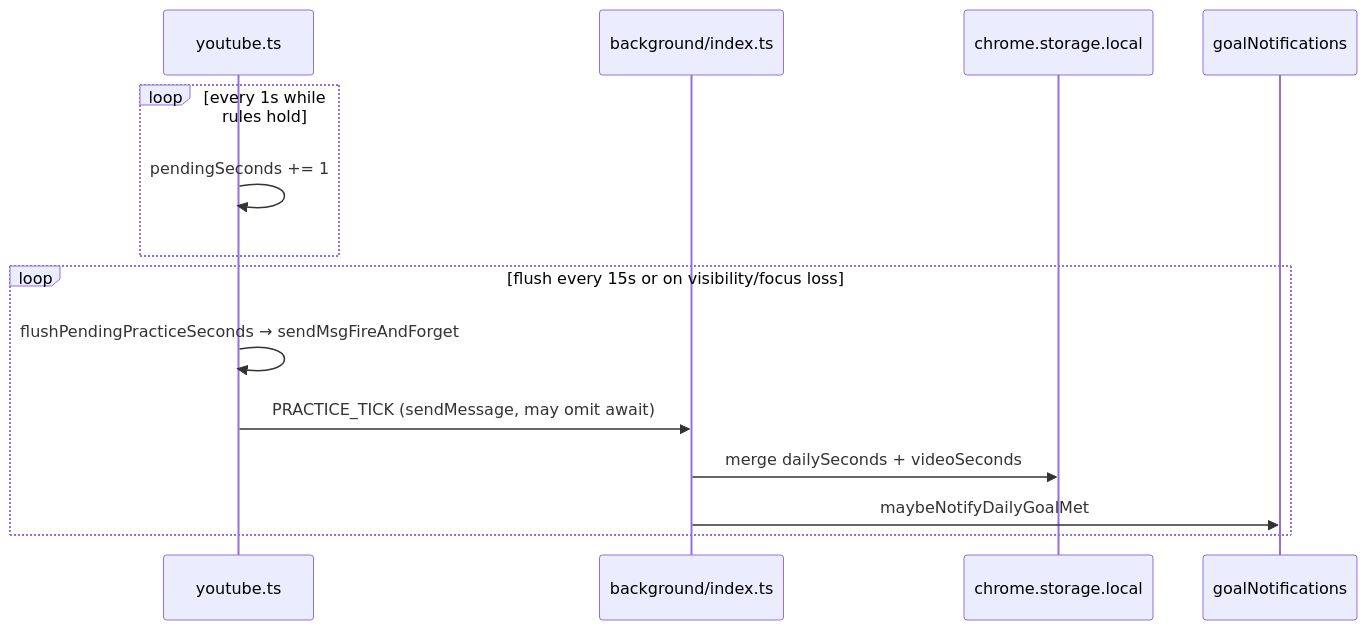
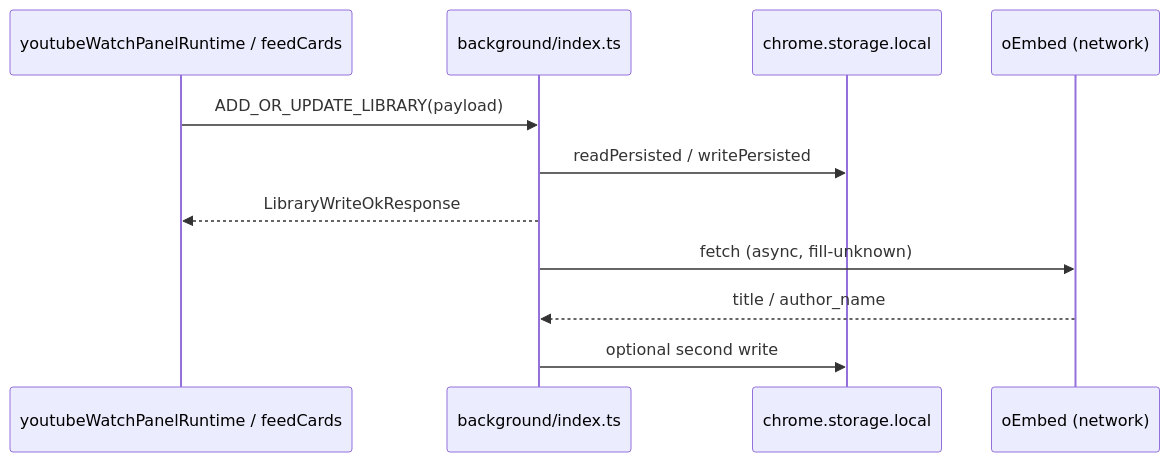
The fourth of 4 diagrams in ExplaneMe.md (thepoppfish/JustPractice), drawn with Mermaid before and after one commit. The commit also changed other lines of this file and 22 other files, not shown here.

````diff
--- a/ExplaneMe.md
+++ b/ExplaneMe.md
@@ -273,17 +397,14 @@
 ```mermaid
 sequenceDiagram
-  participant CS as youtube.ts
+  participant RT as youtubeWatchPanelRuntime / feedCards
   participant BG as background/index.ts
   participant ST as chrome.storage.local
-  participant GN as goalNotifications
+  participant OE as oEmbed (network)
 
-  loop every 1s while rules hold
-    CS->>CS: pendingSeconds += 1
-  end
-  loop flush every 15s or on visibility/focus loss
-    CS->>CS: flushPendingPracticeSeconds → sendMsgFireAndForget
-    CS->>BG: PRACTICE_TICK (sendMessage, may omit await)
-    BG->>ST: merge dailySeconds + videoSeconds
-    BG->>GN: maybeNotifyDailyGoalMet
-  end
+  RT->>BG: ADD_OR_UPDATE_LIBRARY(payload)
+  BG->>ST: readPersisted / writePersisted
+  BG-->>RT: LibraryWriteOkResponse
+  BG->>OE: fetch (async, fill-unknown)
+  OE-->>BG: title / author_name
+  BG->>ST: optional second write
 ```
````
